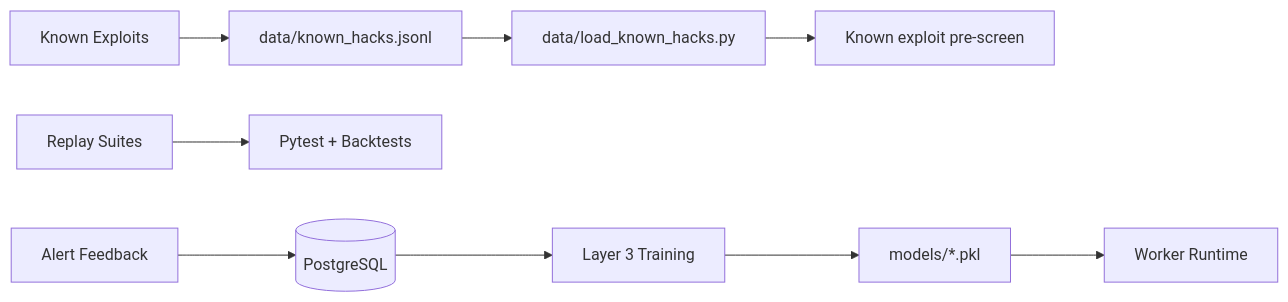
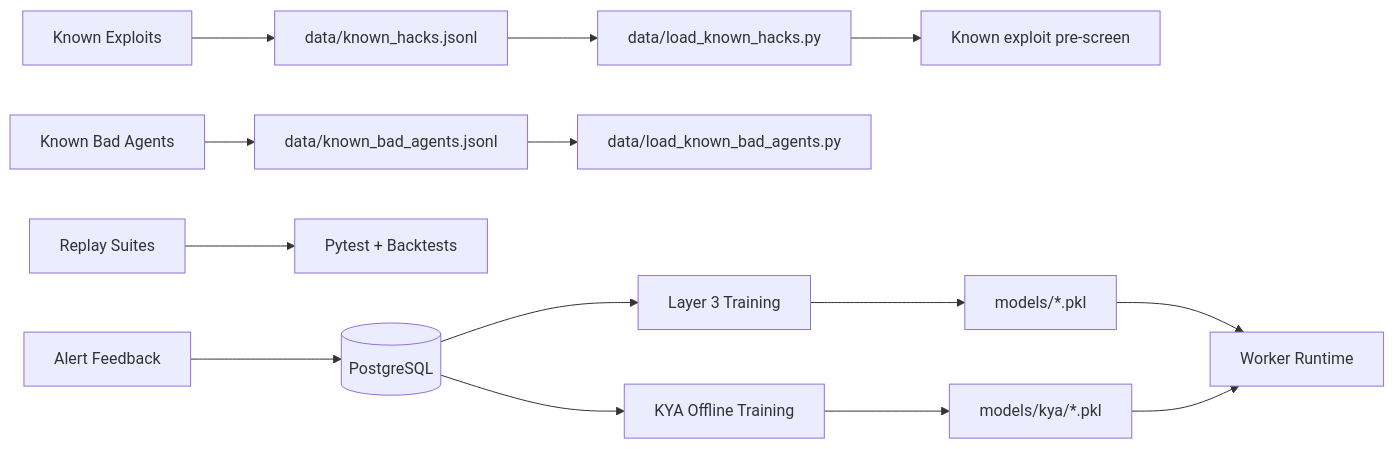
The sixth of 7 diagrams in README.md (hasansazly/Talosly-startup), drawn with Mermaid before and after one commit. The commit also changed other lines of this file, not shown here.

````diff
--- a/README.md
+++ b/README.md
@@ -313,11 +380,16 @@
 ```mermaid
 flowchart LR
   Incidents[Known Exploits] --> Known[data/known_hacks.jsonl]
   Known --> Loader[data/load_known_hacks.py]
   Loader --> PreScreen[Known exploit pre-screen]
+  BadAgents[Known Bad Agents] --> AgentLabels[data/known_bad_agents.jsonl]
+  AgentLabels --> AgentLoader[data/load_known_bad_agents.py]
   Replay[Replay Suites] --> Tests[Pytest + Backtests]
   Alerts[Alert Feedback] --> DB[(PostgreSQL)]
   DB --> Training[Layer 3 Training]
+  DB --> KYATraining[KYA Offline Training]
   Training --> Models[models/*.pkl]
+  KYATraining --> KYAModels[models/kya/*.pkl]
   Models --> Worker[Worker Runtime]
+  KYAModels --> Worker
 ```
````
